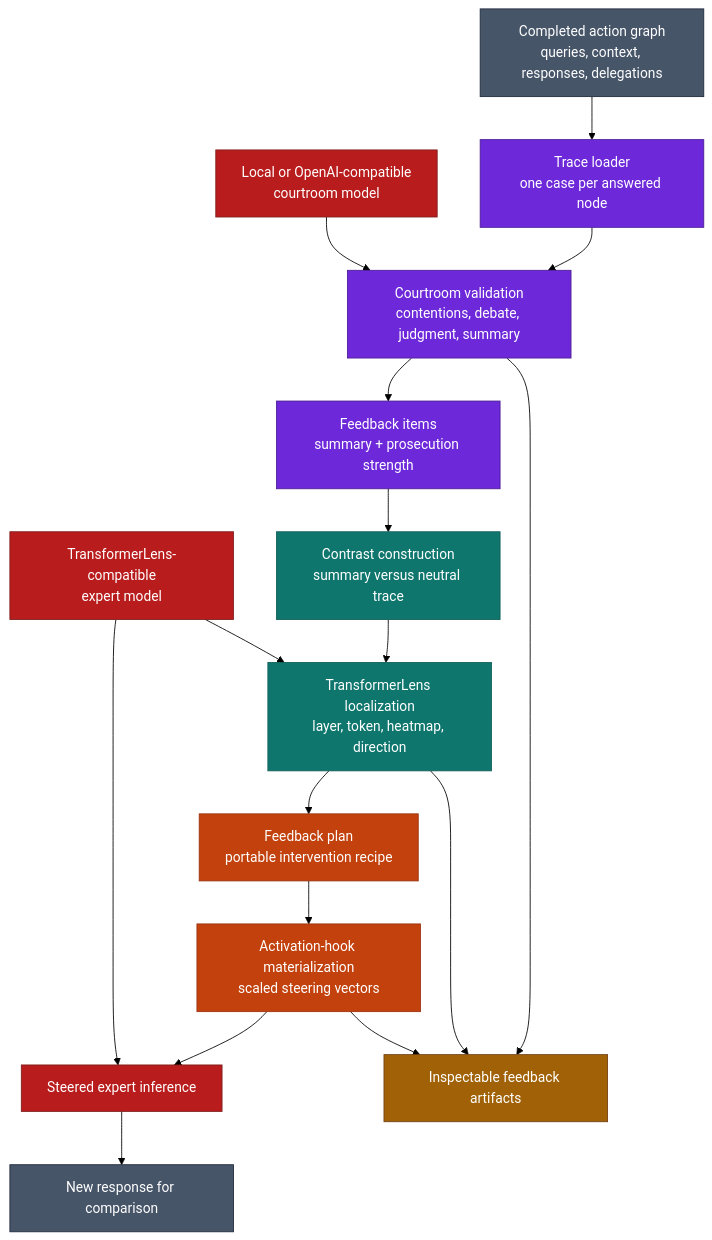
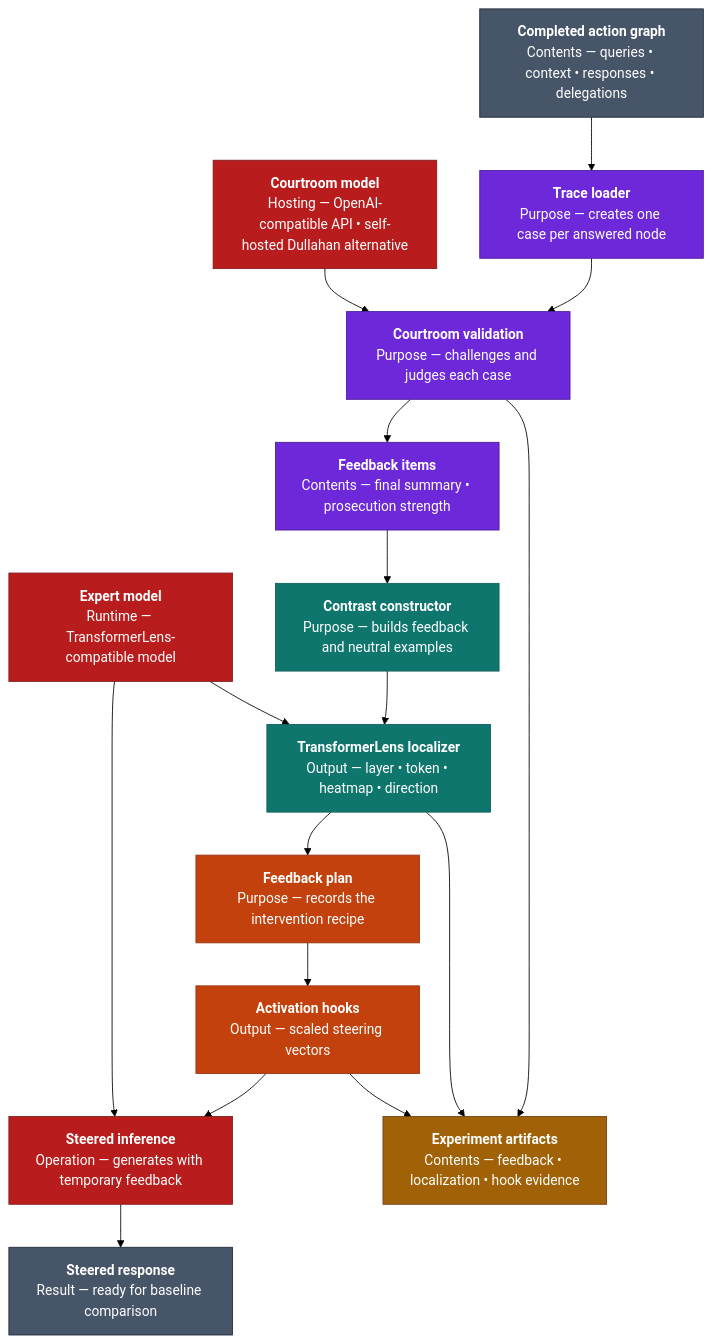
One commit to ForestDweller014/Specter changed the first of 3 diagrams in README.md. Above: the diagram before and after it, drawn with Mermaid (forest theme). The commit also changed other lines of this file, not shown here.

First line of the commit message:
docs: Clarify README architecture

````diff
--- a/README.md
+++ b/README.md
@@ -204,34 +211,34 @@
 ```mermaid
 flowchart TD
-    Trace["Completed action graph<br/>queries, context, responses, delegations"] --> Loader["Trace loader<br/>one case per answered node"]
-    Loader --> Courtroom["Courtroom validation<br/>contentions, debate, judgment, summary"]
-    Courtroom --> Feedback["Feedback items<br/>summary + prosecution strength"]
-    Feedback --> Contrast["Contrast construction<br/>summary versus neutral trace"]
-    Contrast --> Localization["TransformerLens localization<br/>layer, token, heatmap, direction"]
-    Localization --> Plan["Feedback plan<br/>portable intervention recipe"]
-    Plan --> Hooks["Activation-hook materialization<br/>scaled steering vectors"]
-    Hooks --> Rerun["Steered expert inference"]
+    Trace["<b>Completed action graph</b><br/>Contents — queries • context • responses • delegations"] --> Loader["<b>Trace loader</b><br/>Purpose — creates one case per answered node"]
+    Loader --> Courtroom["<b>Courtroom validation</b><br/>Purpose — challenges and judges each case"]
+    Courtroom --> Feedback["<b>Feedback items</b><br/>Contents — final summary • prosecution strength"]
+    Feedback --> Contrast["<b>Contrast constructor</b><br/>Purpose — builds feedback and neutral examples"]
+    Contrast --> Localization["<b>TransformerLens localizer</b><br/>Output — layer • token • heatmap • direction"]
+    Localization --> Plan["<b>Feedback plan</b><br/>Purpose — records the intervention recipe"]
+    Plan --> Hooks["<b>Activation hooks</b><br/>Output — scaled steering vectors"]
+    Hooks --> Rerun["<b>Steered inference</b><br/>Operation — generates with temporary feedback"]
 
-    CourtroomModel["Local or OpenAI-compatible<br/>courtroom model"] --> Courtroom
-    ExpertModel["TransformerLens-compatible<br/>expert model"] --> Localization
+    CourtroomModel["<b>Courtroom model</b><br/>Hosting — OpenAI-compatible API • self-hosted Dullahan alternative"] --> Courtroom
+    ExpertModel["<b>Expert model</b><br/>Runtime — TransformerLens-compatible model"] --> Localization
     ExpertModel --> Rerun
 
-    Courtroom --> Evidence["Inspectable feedback artifacts"]
+    Courtroom --> Evidence["<b>Experiment artifacts</b><br/>Contents — feedback • localization • hook evidence"]
     Localization --> Evidence
     Hooks --> Evidence
-    Rerun --> Result["New response for comparison"]
+    Rerun --> Result["<b>Steered response</b><br/>Result — ready for baseline comparison"]
 
     class Trace,Result external
     class Loader,Courtroom,Feedback validation
     class Contrast,Localization teal
     class Plan,Hooks application
     class CourtroomModel,ExpertModel,Rerun inference
     class Evidence memory
 
     classDef external fill:#475569,stroke:#1E293B,color:#FFFFFF
     classDef validation fill:#6D28D9,stroke:#4C1D95,color:#FFFFFF
     classDef teal fill:#0F766E,stroke:#115E59,color:#FFFFFF
     classDef application fill:#C2410C,stroke:#9A3412,color:#FFFFFF
     classDef inference fill:#B91C1C,stroke:#7F1D1D,color:#FFFFFF
     classDef memory fill:#A16207,stroke:#713F12,color:#FFFFFF
 ```
````
